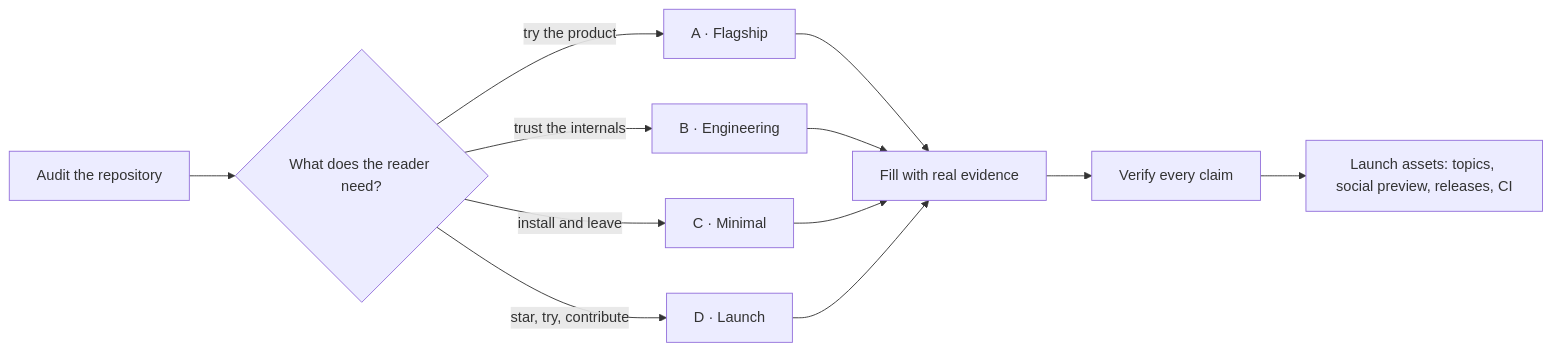
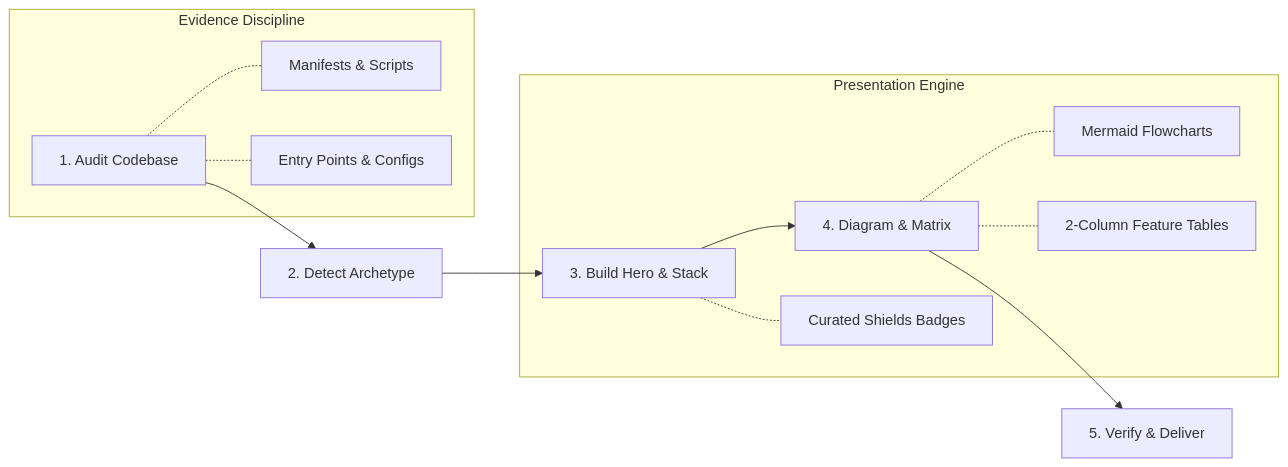
Before and after one commit to aadisthunder/readme-skill: the first of 3 diagrams in README.md, drawn with Mermaid. The commit also changed other lines of this file and 36 other files, not shown here.

Commit message:
feat: consolidate into unified README skill with clean repository architecture

````diff
--- a/README.md
+++ b/README.md
@@ -55,11 +63,18 @@
 ```mermaid
 flowchart LR
-  A[Audit the repository] --> B{What does the reader need?}
-  B -->|try the product| C[A · Flagship]
-  B -->|trust the internals| D[B · Engineering]
-  B -->|install and leave| E[C · Minimal]
-  B -->|star, try, contribute| F[D · Launch]
-  C & D & E & F --> G[Fill with real evidence]
-  G --> H[Verify every claim]
-  H --> I[Launch assets: topics, social preview, releases, CI]
+  A[1. Audit Codebase] --> B[2. Detect Archetype]
+  B --> C[3. Build Hero & Stack]
+  C --> D[4. Diagram & Matrix]
+  D --> E[5. Verify & Deliver]
+  
+  subgraph Evidence Discipline
+    A -.- A1["Manifests & Scripts"]
+    A -.- A2["Entry Points & Configs"]
+  end
+
+  subgraph Presentation Engine
+    C -.- C1["Curated Shields Badges"]
+    D -.- D1["Mermaid Flowcharts"]
+    D -.- D2["2-Column Feature Tables"]
+  end
 ```
````
